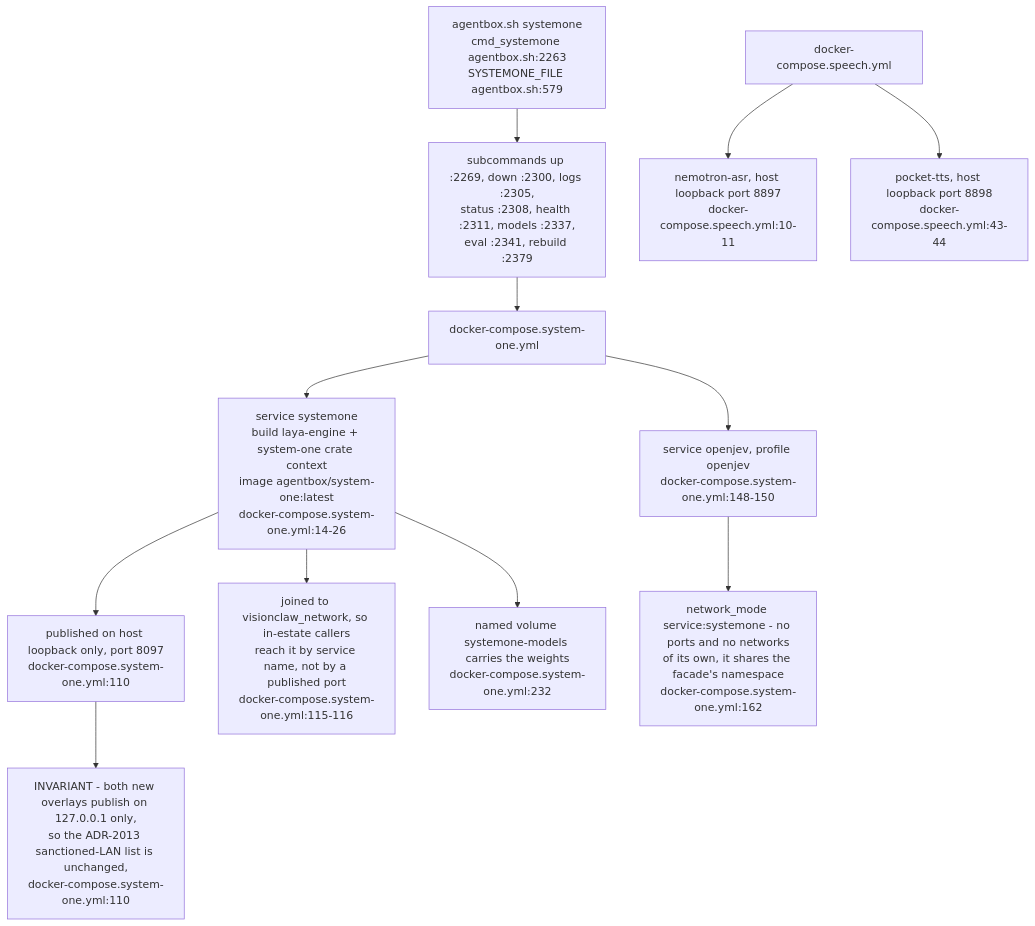
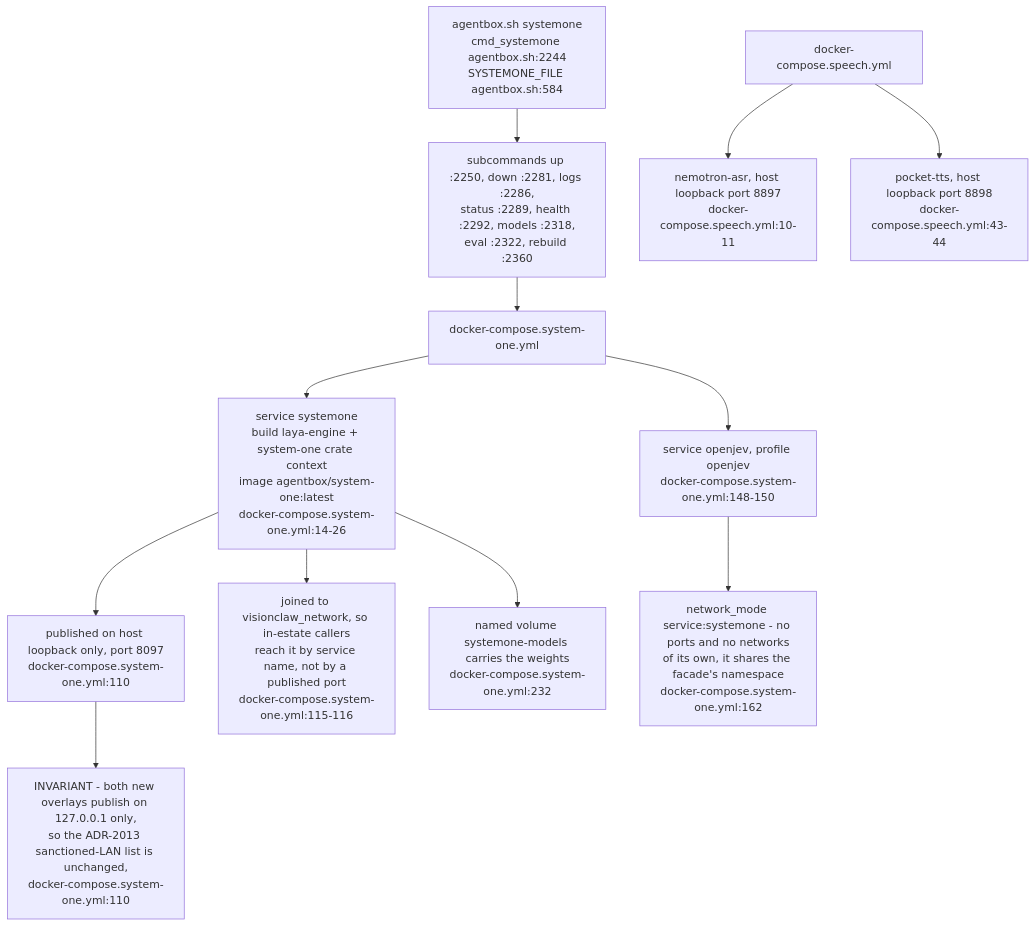
Before and after one commit to DreamLab-AI/VisionFlow: the tenth of 13 diagrams in docs/diagrams/agentbox/06-sidecars-and-compose-overlays.md, drawn with Mermaid. The commit also changed other lines of this file and 111 other files, not shown here.

Commit message:
docs(diagrams): align estate maps with current source

````diff
--- a/docs/diagrams/agentbox/06-sidecars-and-compose-overlays.md
+++ b/docs/diagrams/agentbox/06-sidecars-and-compose-overlays.md
@@ -294,18 +294,18 @@
 ```mermaid
 flowchart TB
-    CLI["agentbox.sh systemone<br/>cmd_systemone agentbox.sh:2263<br/>SYSTEMONE_FILE agentbox.sh:579"] --> SUB["subcommands up :2269, down :2300, logs :2305,<br/>status :2308, health :2311, models :2337,<br/>eval :2341, rebuild :2379"]
+    CLI["agentbox.sh systemone<br/>cmd_systemone agentbox.sh:2244<br/>SYSTEMONE_FILE agentbox.sh:584"] --> SUB["subcommands up :2250, down :2281, logs :2286,<br/>status :2289, health :2292, models :2318,<br/>eval :2322, rebuild :2360"]
     SUB --> COMPOSE["docker-compose.system-one.yml"]
 
     COMPOSE --> FACADE["service systemone<br/>build laya-engine + system-one crate context<br/>image agentbox/system-one:latest<br/>docker-compose.system-one.yml:14-26"]
     FACADE --> PUB["published on host loopback only, port 8097<br/>docker-compose.system-one.yml:110"]
     FACADE --> NET["joined to visionclaw_network, so in-estate callers<br/>reach it by service name, not by a published port<br/>docker-compose.system-one.yml:115-116"]
     FACADE --> VOL["named volume systemone-models carries the weights<br/>docker-compose.system-one.yml:232"]
 
     COMPOSE --> ENGINE["service openjev, profile openjev<br/>docker-compose.system-one.yml:148-150"]
     ENGINE --> NM["network_mode service:systemone - no ports and no networks<br/>of its own, it shares the facade's namespace<br/>docker-compose.system-one.yml:162"]
 
     SPEECH["docker-compose.speech.yml"] --> ASR["nemotron-asr, host loopback port 8897<br/>docker-compose.speech.yml:10-11"]
     SPEECH --> TTS["pocket-tts, host loopback port 8898<br/>docker-compose.speech.yml:43-44"]
 
     PUB --> INV["INVARIANT - both new overlays publish on 127.0.0.1 only,<br/>so the ADR-2013 sanctioned-LAN list is unchanged,<br/>docker-compose.system-one.yml:110"]
 ```
````
